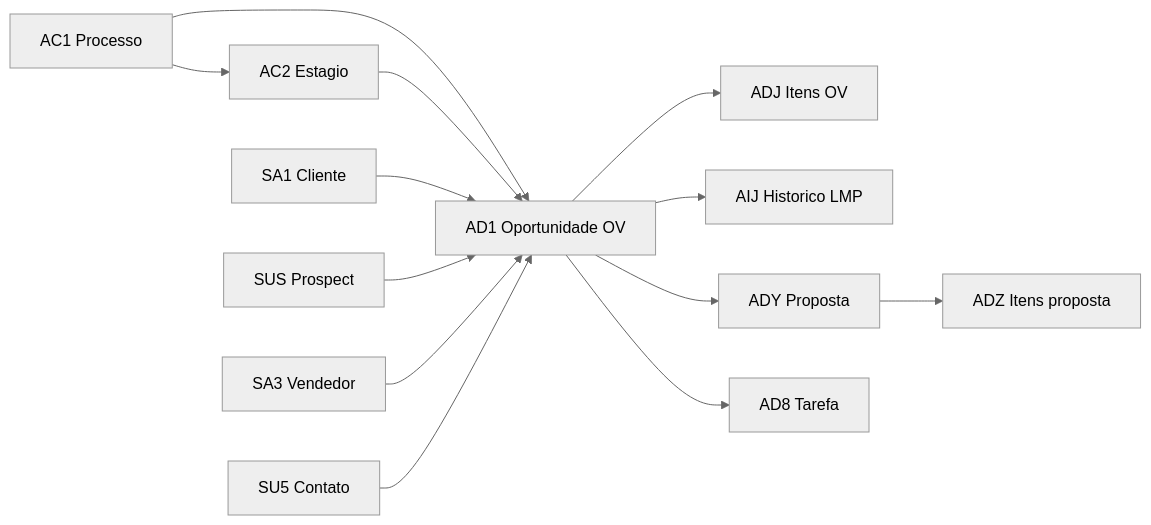
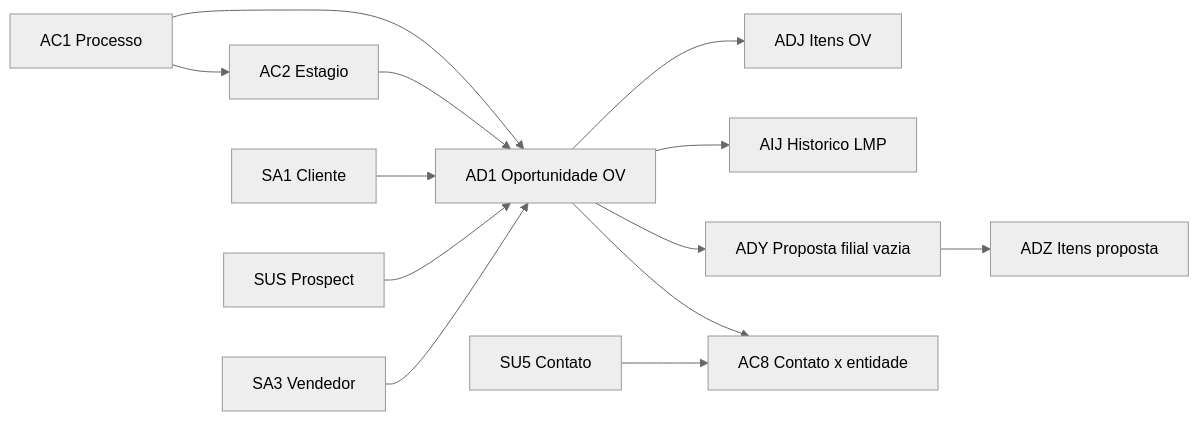
One commit to roberiooliveiradev/delpi-central changed the diagram in api-delpi/docs/api/padroes-totvs/playbooks/playbook-crm-totvs-dicionario.md. Above: the diagram before and after it, drawn with Mermaid (neutral theme). The commit also changed other lines of this file and 15 other files, not shown here.

````diff
--- a/api-delpi/docs/api/padroes-totvs/playbooks/playbook-crm-totvs-dicionario.md
+++ b/api-delpi/docs/api/padroes-totvs/playbooks/playbook-crm-totvs-dicionario.md
@@ -31,15 +33,15 @@
 ```mermaid
 flowchart LR
   AC1[AC1 Processo] --> AC2[AC2 Estagio]
   AC1 --> AD1[AD1 Oportunidade OV]
   AC2 --> AD1
   SA1[SA1 Cliente] --> AD1
   SUS[SUS Prospect] --> AD1
   SA3[SA3 Vendedor] --> AD1
-  SU5[SU5 Contato] --> AD1
   AD1 --> ADJ[ADJ Itens OV]
   AD1 --> AIJ[AIJ Historico LMP]
-  AD1 --> ADY[ADY Proposta]
-  AD1 --> AD8[AD8 Tarefa]
+  AD1 --> ADY[ADY Proposta filial vazia]
+  AD1 --> AC8[AC8 Contato x entidade]
+  SU5[SU5 Contato] --> AC8
   ADY --> ADZ[ADZ Itens proposta]
 ```
````
